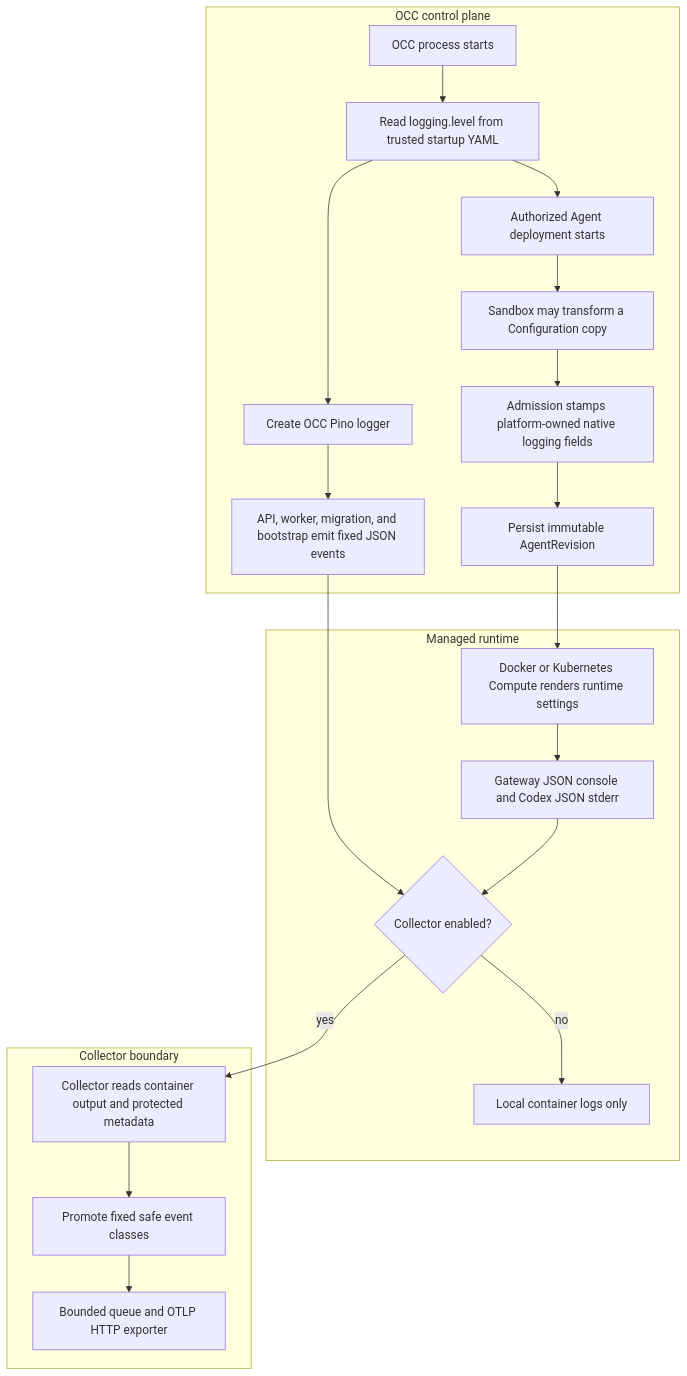
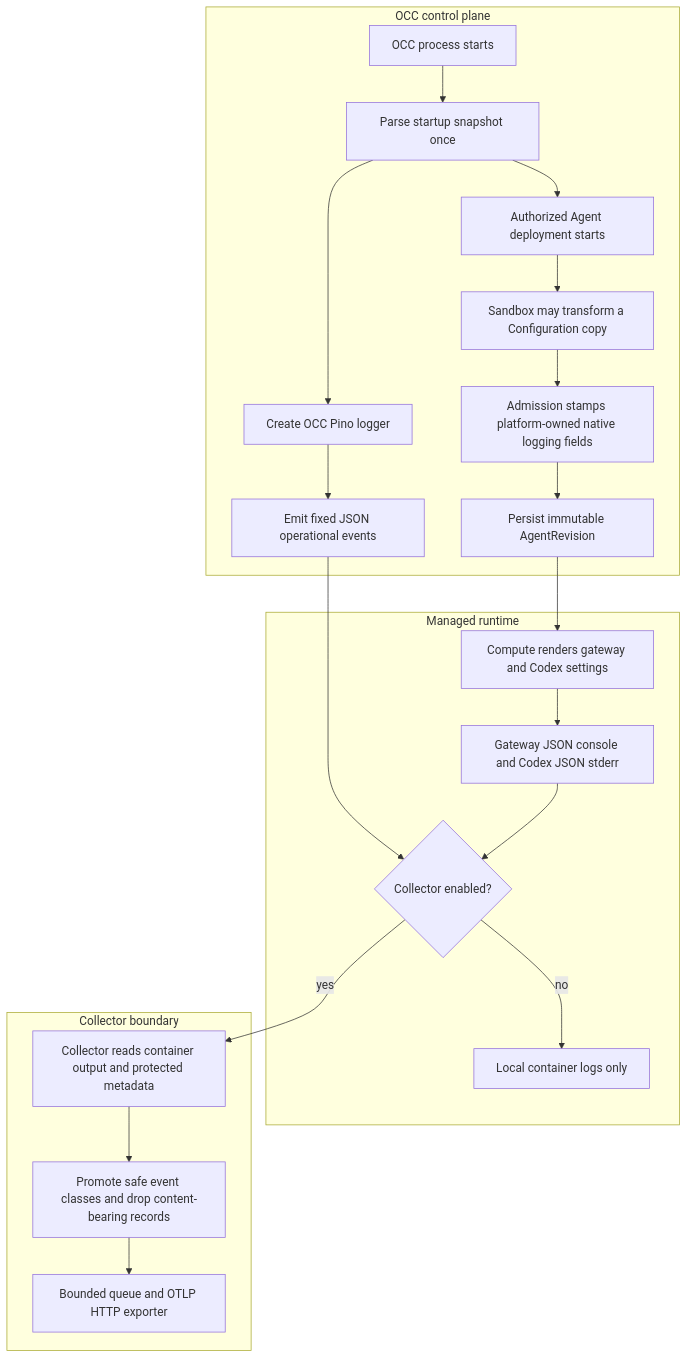
The diagram in docs/flows/common-logging.md (IsaiahStapleton/openclaw-enterprise), drawn with Mermaid before and after one commit. The commit also changed other lines of this file and 11 other files, not shown here.

````diff
--- a/docs/flows/common-logging.md
+++ b/docs/flows/common-logging.md
@@ -32,26 +32,26 @@
 ```mermaid
 graph TD
   subgraph OCC["OCC control plane"]
-    A["OCC process starts"] --> B["Read logging.level from trusted startup YAML"]
+    A["OCC process starts"] --> B["Parse startup snapshot once"]
     B --> C["Create OCC Pino logger"]
-    C --> D["API, worker, migration, and bootstrap emit fixed JSON events"]
+    C --> D["Emit fixed JSON operational events"]
     B --> E["Authorized Agent deployment starts"]
     E --> F["Sandbox may transform a Configuration copy"]
     F --> G["Admission stamps platform-owned native logging fields"]
     G --> H["Persist immutable AgentRevision"]
   end
 
   subgraph Runtime["Managed runtime"]
-    H --> I["Docker or Kubernetes Compute renders runtime settings"]
+    H --> I["Compute renders gateway and Codex settings"]
     I --> J["Gateway JSON console and Codex JSON stderr"]
     K -->|"no"| L["Local container logs only"]
   end
 
   subgraph Collector["Collector boundary"]
     D --> K{"Collector enabled?"}
     J --> K
     K -->|"yes"| M["Collector reads container output and protected metadata"]
-    M --> N["Promote fixed safe event classes"]
+    M --> N["Promote safe event classes and drop content-bearing records"]
     N --> O["Bounded queue and OTLP HTTP exporter"]
   end
 ```
````
